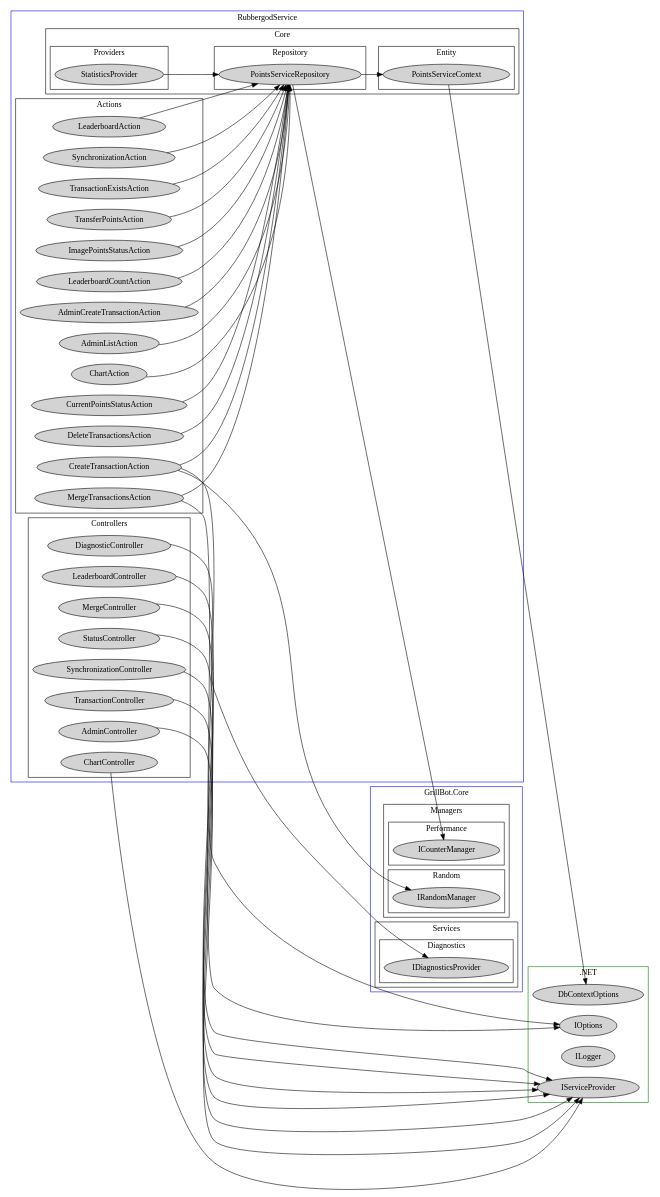
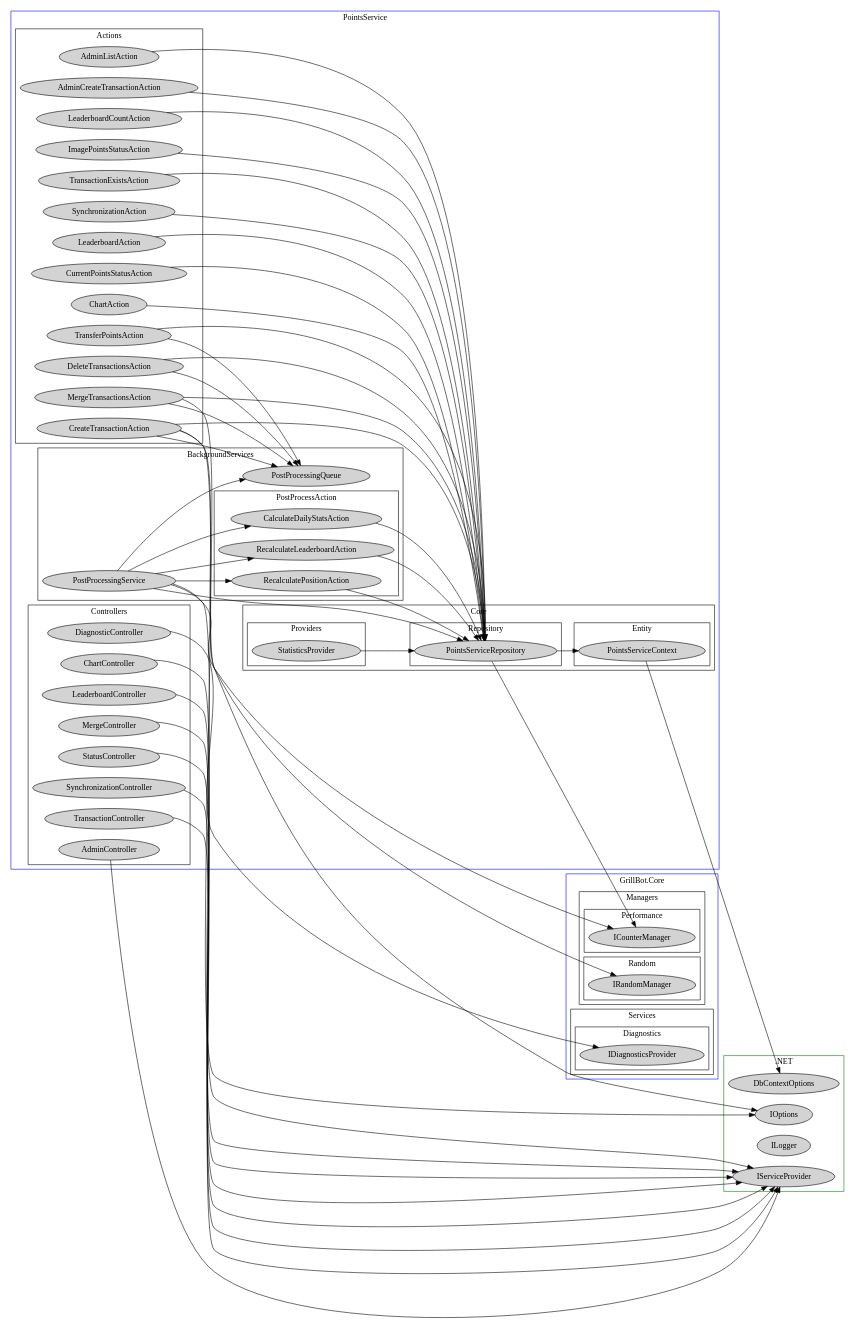
The diagram in data/di-graph-points.dot (GrillBot/grillbot-docs), drawn with Graphviz before and after one commit. The commit also changed 6 other files, not shown here.

Commit message:
New image processing service and updated points and grillbot documentation

```diff
--- a/data/di-graph-points.dot
+++ b/data/di-graph-points.dot
@@ -1,152 +1,175 @@
-digraph GrillBot {
+digraph PointsService {
     rankdir=LR
 	
 	subgraph cluster_0 {
 		node [style=filled];
-		label = "RubbergodService";
+		label = "PointsService";
 		color=blue
 		
         subgraph cluster_3_1 {
             node [style=filled];
             label="Actions";
             color=black;
             
             AdminCreateTransactionAction
             AdminListAction
             ChartAction
             CreateTransactionAction
             CurrentPointsStatusAction
             DeleteTransactionsAction
             LeaderboardAction
             MergeTransactionsAction
             SynchronizationAction
             TransactionExistsAction
             TransferPointsAction
             ImagePointsStatusAction
             LeaderboardCountAction
         }
         
         subgraph cluster_3_2 {
             node [style=filled];
+            label="BackgroundServices";
+            color=black;
+            
+            subgraph cluster_3_2_1 {
+                node [style=filled];
+                label="PostProcessAction";
+                color=black;
+                
+                CalculateDailyStatsAction
+                RecalculateLeaderboardAction
+                RecalculatePositionAction
+            }
+            
+            PostProcessingQueue
+            PostProcessingService
+        }
+        
+        subgraph cluster_3_3 {
+            node [style=filled];
             label="Controllers";
             color=black;
             
             AdminController
             ChartController
             DiagnosticController
             LeaderboardController
             MergeController
             StatusController
             SynchronizationController
             TransactionController
         }
         
-        subgraph cluster_3_3 {
+        subgraph cluster_3_4 {
             node [style=filled];
             label="Core"
             color=black
             
-            subgraph cluster_3_3_1 {
+            subgraph cluster_3_4_1 {
                 node [style=filled];
                 label="Entity"
                 color=black;
                 
                 PointsServiceContext
             }
             
-            subgraph cluster_3_3_2 {
+            subgraph cluster_3_4_2 {
                 node [style=filled];
                 label="Providers"
                 color=black;
                 
                 StatisticsProvider
             }
             
-            subgraph cluster_3_3_3 {
+            subgraph cluster_3_4_3 {
                 node [style=filled];
                 label="Repository"
                 color=black
                 
                 PointsServiceRepository
             }
         }
 	}
 	
 	subgraph cluster_4 {
 	    node [style=filled];
 	    label = "GrillBot.Core";
 	    color=blue
 	    
 	    subgraph cluster_4_1 {
 	        node [style=filled];
             label="Managers";
             color=black;
             
             subgraph cluster_4_1_2 {
 	            node [style=filled];
                 label="Performance";
                 color=black;
                 
                 ICounterManager
 	        }
 	        
 	        subgraph cluster_4_1_3 {
 	            node [style=filled];
                 label="Random";
                 color=black;
                 
                 IRandomManager
 	        }
 	    }
 	    
 	    subgraph cluster_4_2 {
 	        node [style=filled];
             label="Services";
             color=black;
 	        
 	        subgraph cluster_4_3 {
 	            node [style=filled];
                 label="Diagnostics";
                 color=black;
 	            
 	            IDiagnosticsProvider
 	        }
 	    }
 	}
 	
 	subgraph cluster_100 {
 	    node[style=filled];
 	    label = ".NET"
 	    color=green
 	    
 	    IServiceProvider
 	    DbContextOptions
 	    ILogger
 	    IOptions
 	}
 	
 	AdminCreateTransactionAction -> { PointsServiceRepository }
 	AdminListAction -> { PointsServiceRepository }
 	ChartAction -> { PointsServiceRepository }
-	CreateTransactionAction -> { PointsServiceRepository IOptions IRandomManager }
+	CreateTransactionAction -> { PointsServiceRepository IOptions IRandomManager PostProcessingQueue }
 	CurrentPointsStatusAction -> { PointsServiceRepository }
-	DeleteTransactionsAction -> { PointsServiceRepository }
+	DeleteTransactionsAction -> { PointsServiceRepository PostProcessingQueue }
 	LeaderboardAction -> { PointsServiceRepository }
-	MergeTransactionsAction -> { PointsServiceRepository IOptions }
+	MergeTransactionsAction -> { PointsServiceRepository IOptions PostProcessingQueue }
 	SynchronizationAction -> { PointsServiceRepository }
 	TransactionExistsAction -> { PointsServiceRepository }
-	TransferPointsAction -> { PointsServiceRepository }
+	TransferPointsAction -> { PointsServiceRepository PostProcessingQueue }
 	AdminController -> { IServiceProvider }
 	ChartController -> { IServiceProvider }
 	DiagnosticController -> { IDiagnosticsProvider }
 	LeaderboardController -> { IServiceProvider }
 	MergeController -> { IServiceProvider }
 	StatusController -> { IServiceProvider }
 	SynchronizationController -> { IServiceProvider }
 	TransactionController -> { IServiceProvider }
 	PointsServiceContext -> { DbContextOptions }
 	StatisticsProvider -> { PointsServiceRepository }
 	PointsServiceRepository -> { PointsServiceContext ICounterManager }
 	ImagePointsStatusAction -> { PointsServiceRepository }
 	LeaderboardCountAction -> { PointsServiceRepository }
+	CalculateDailyStatsAction -> { PointsServiceRepository }
+	RecalculateLeaderboardAction -> { PointsServiceRepository }
+	RecalculatePositionAction -> { PointsServiceRepository }
+	PostProcessingService -> { IServiceProvider PostProcessingQueue ICounterManager PointsServiceRepository CalculateDailyStatsAction RecalculateLeaderboardAction RecalculatePositionAction }
 }
```
